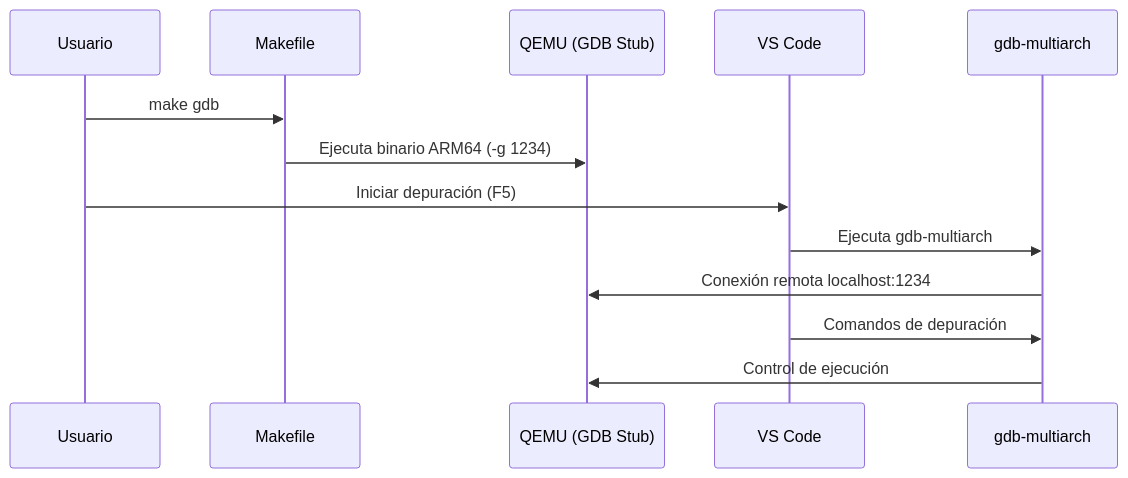
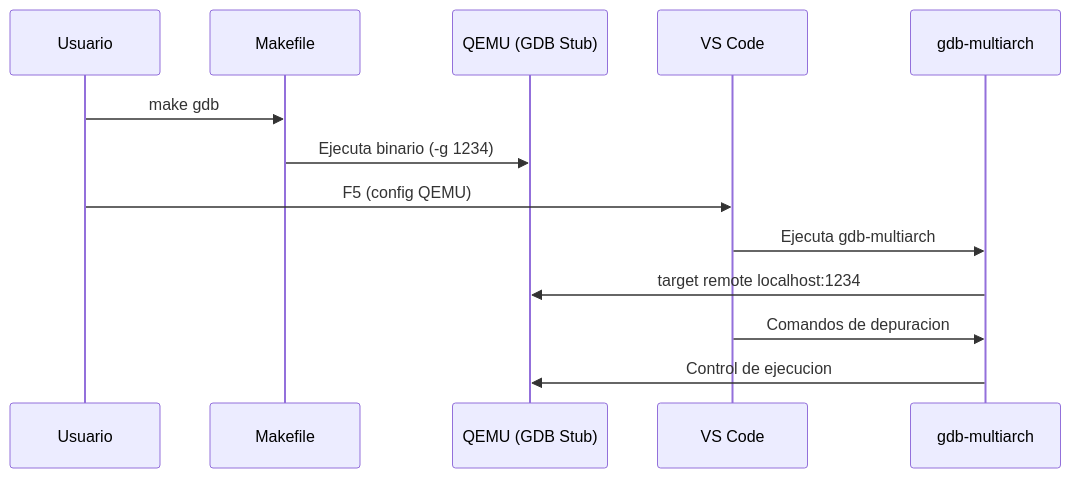
Before and after one commit to PoncheDeFrutas/ARQUI1_1S2026: the second of 2 diagrams in 02_ARM64/docs/debugging-aarch64-vscode.md, drawn with Mermaid. The commit also changed other lines of this file and 6 other files, not shown here.

Commit message:
Update README and documentation for ARM64 assembly lab: enhance section 2 for clarity, improve debugging guide, and add comprehensive Makefile templates for native ARM64 and QEMU environments.

````diff
--- a/02_ARM64/docs/debugging-aarch64-vscode.md
+++ b/02_ARM64/docs/debugging-aarch64-vscode.md
@@ -260,16 +166,16 @@
 ```mermaid
 sequenceDiagram
     participant U as Usuario
     participant M as Makefile
     participant Q as QEMU (GDB Stub)
     participant V as VS Code
     participant G as gdb-multiarch
 
     U->>M: make gdb
-    M->>Q: Ejecuta binario ARM64 (-g 1234)
-    U->>V: Iniciar depuración (F5)
+    M->>Q: Ejecuta binario (-g 1234)
+    U->>V: F5 (config QEMU)
     V->>G: Ejecuta gdb-multiarch
-    G->>Q: Conexión remota localhost:1234
-    V->>G: Comandos de depuración
-    G->>Q: Control de ejecución
+    G->>Q: target remote localhost:1234
+    V->>G: Comandos de depuracion
+    G->>Q: Control de ejecucion
 ```
````
